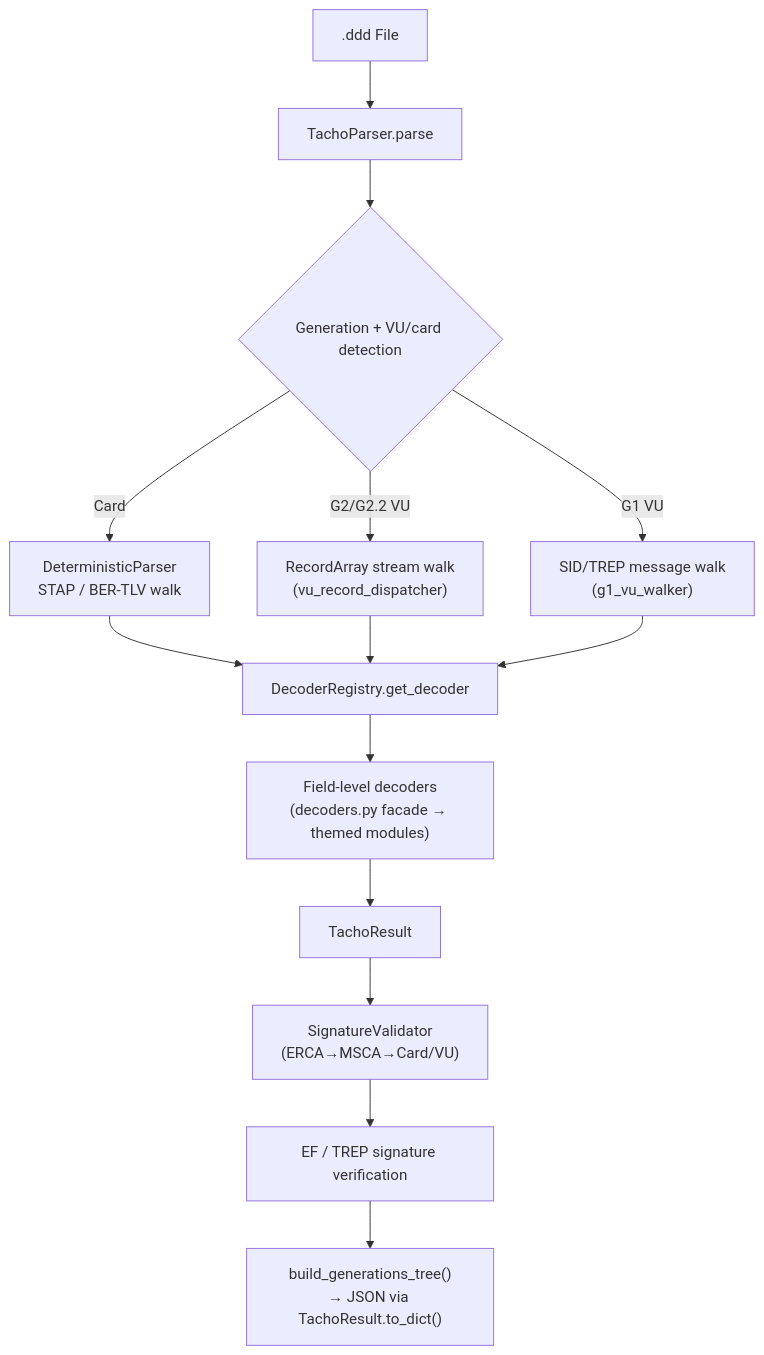
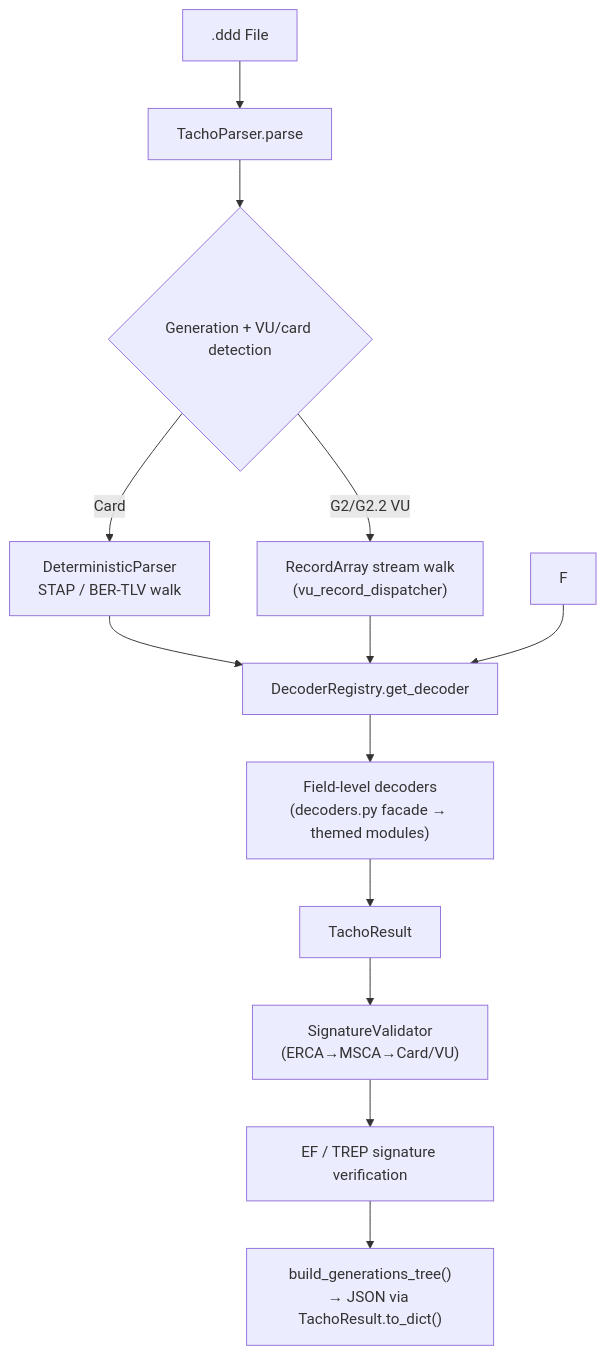
The first of 2 diagrams in docs/developer/architecture.md (Syax89/DDDTachograph_Reader), drawn with Mermaid before and after one commit. The commit also changed 9 other files, not shown here.

````diff
--- a/docs/developer/architecture.md
+++ b/docs/developer/architecture.md
@@ -25,16 +25,15 @@
 ```mermaid
 flowchart TD
     A[".ddd File"] --> B[TachoParser.parse]
     B --> C{Generation + VU/card detection}
     C -->|"Card"| D["DeterministicParser\nSTAP / BER-TLV walk"]
     C -->|"G2/G2.2 VU"| E["RecordArray stream walk\n(vu_record_dispatcher)"]
-    C -->|"G1 VU"| F["SID/TREP message walk\n(g1_vu_walker)"]
     D --> G["DecoderRegistry.get_decoder"]
     E --> G
     F --> G
     G --> H["Field-level decoders\n(decoders.py facade → themed modules)"]
     H --> I[TachoResult]
     I --> J["SignatureValidator\n(ERCA→MSCA→Card/VU)"]
     J --> K["EF / TREP signature verification"]
     K --> L["build_generations_tree()\n→ JSON via TachoResult.to_dict()"]
 ```
````
